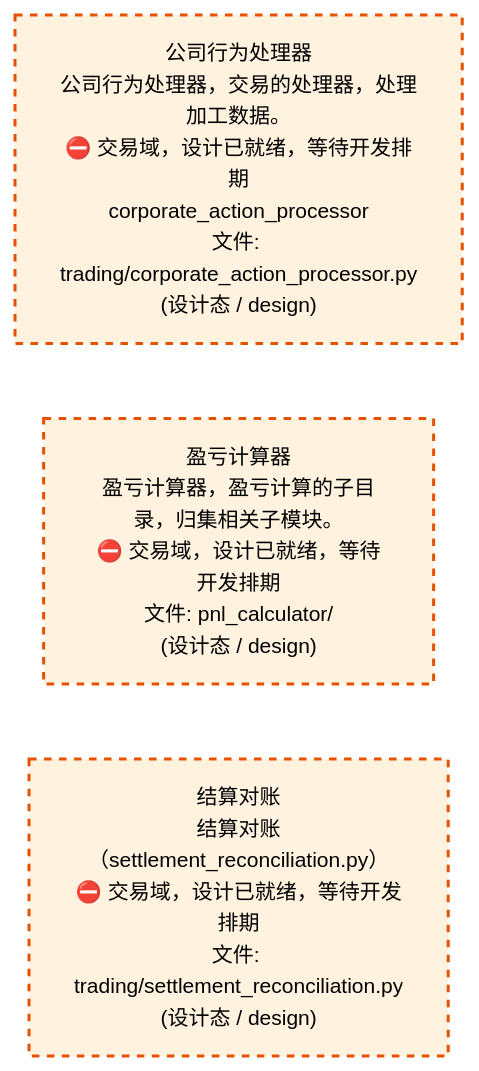
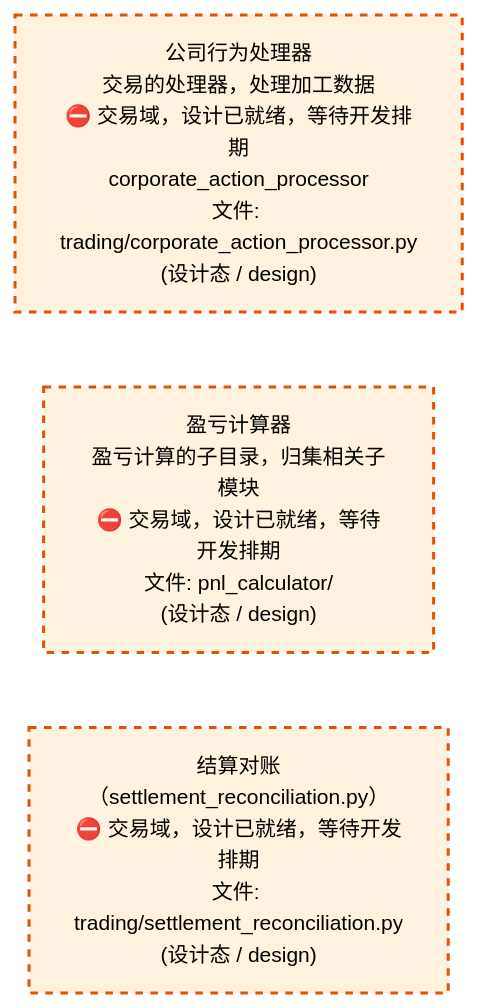
Before and after one commit to xuanFelixVan/ZephyrAlpha: the third of 4 diagrams in docs/02_enterprise_architecture/02_domain_architecture_docs/72_d_trading.md, drawn with Mermaid. The commit also changed other lines of this file and 63 other files, not shown here.

````diff
--- a/docs/02_enterprise_architecture/02_domain_architecture_docs/72_d_trading.md
+++ b/docs/02_enterprise_architecture/02_domain_architecture_docs/72_d_trading.md
@@ -299,14 +298,14 @@
 ```mermaid
 %%{init: {'theme': 'base', 'themeVariables': {'primaryColor': '#eaeaea', 'primaryTextColor': '#333333', 'primaryBorderColor': '#666666', 'lineColor': '#666666', 'secondaryColor': '#eaeaea', 'tertiaryColor': '#eaeaea', 'fontSize': '14px'}}}%%
 flowchart TD
-    src_zephyr_trading_corporate_action_processor_py["公司行为处理器<br/>公司行为处理器，交易的处理器，处理加工数据。<br/>⛔ 交易域，设计已就绪，等待开发排期<br/>corporate_action_processor<br/>文件: trading/corporate_action_processor.py<br/>(设计态 / design)"]
-    src_zephyr_trading_pnl_calculator["盈亏计算器<br/>盈亏计算器，盈亏计算的子目录，归集相关子模块。<br/>⛔ 交易域，设计已就绪，等待开发排期<br/>文件: pnl_calculator/<br/>(设计态 / design)"]
-    src_zephyr_trading_settlement_reconciliation_py["结算对账<br/>结算对账（settlement_reconciliation.py）<br/>⛔ 交易域，设计已就绪，等待开发排期<br/>文件: trading/settlement_reconciliation.py<br/>(设计态 / design)"]
+    src_zephyr_trading_corporate_action_processor_py["公司行为处理器<br/>交易的处理器，处理加工数据<br/>⛔ 交易域，设计已就绪，等待开发排期<br/>corporate_action_processor<br/>文件: trading/corporate_action_processor.py<br/>(设计态 / design)"]
+    src_zephyr_trading_pnl_calculator["盈亏计算器<br/>盈亏计算的子目录，归集相关子模块<br/>⛔ 交易域，设计已就绪，等待开发排期<br/>文件: pnl_calculator/<br/>(设计态 / design)"]
+    src_zephyr_trading_settlement_reconciliation_py["结算对账<br/>（settlement_reconciliation.py）<br/>⛔ 交易域，设计已就绪，等待开发排期<br/>文件: trading/settlement_reconciliation.py<br/>(设计态 / design)"]
     src_zephyr_trading_corporate_action_processor_py ~~~ src_zephyr_trading_pnl_calculator
     src_zephyr_trading_pnl_calculator ~~~ src_zephyr_trading_settlement_reconciliation_py
     classDef production fill:#e1f5fe,stroke:#01579b,stroke-width:2px,color:#000
     classDef design fill:#fff3e0,stroke:#e65100,stroke-width:2px,color:#000,stroke-dasharray: 5 5
     classDef external_prod fill:#e8f4fd,stroke:#0277bd,stroke-width:1px,color:#000
     classDef external_design fill:#fff8e7,stroke:#ef6c00,stroke-width:1px,color:#000,stroke-dasharray: 5 5
     class src_zephyr_trading_corporate_action_processor_py,src_zephyr_trading_pnl_calculator,src_zephyr_trading_settlement_reconciliation_py design
 ```
````
